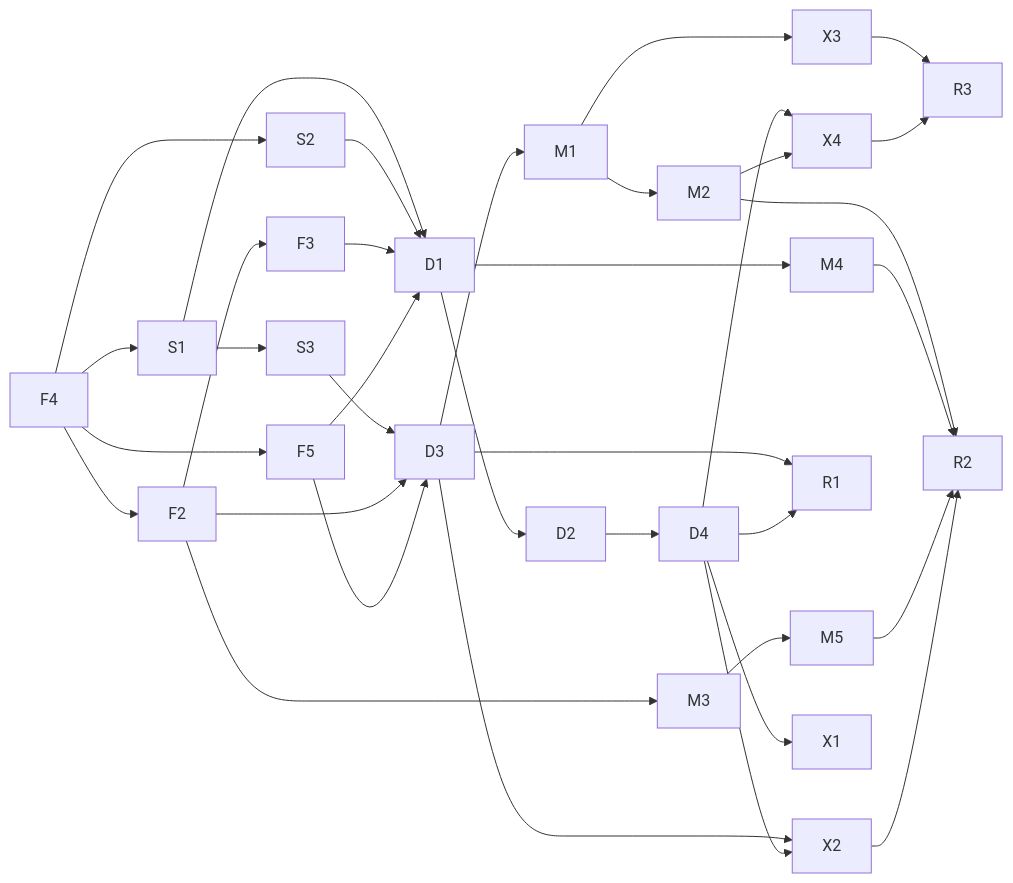
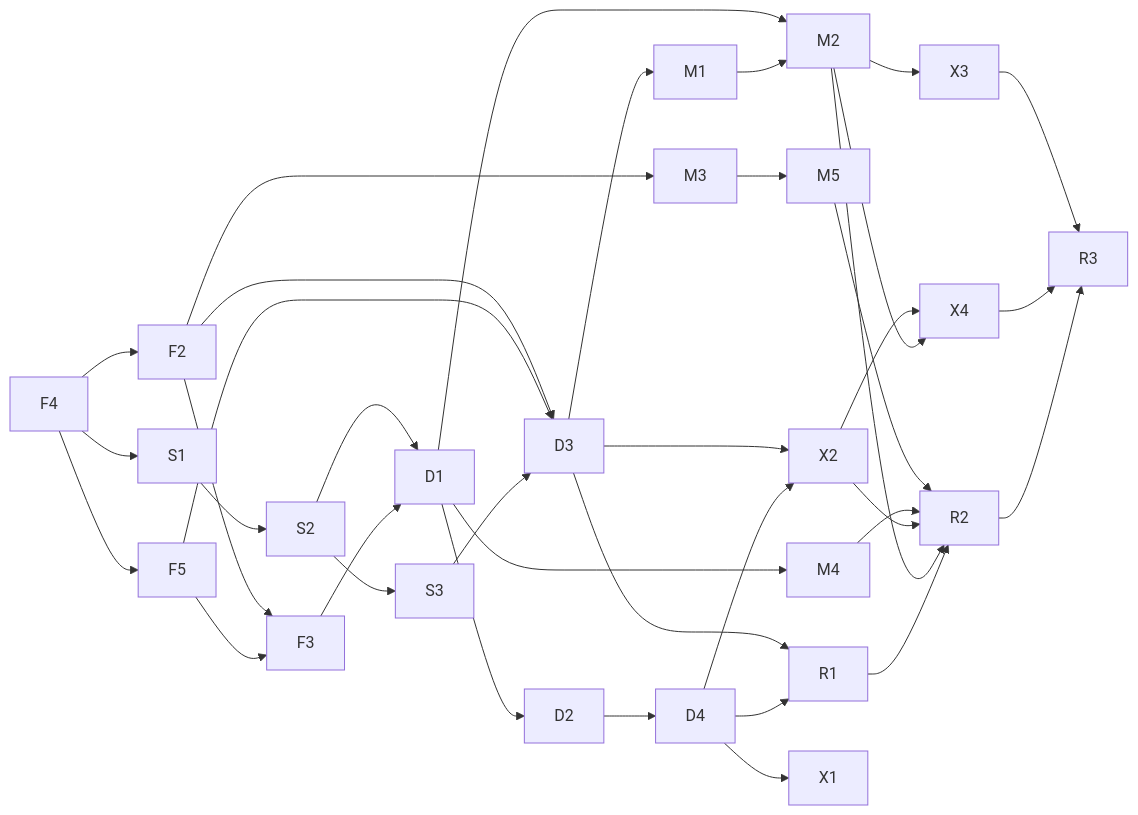
One commit to ppat/mediated-mailbox-mcp changed the second of 2 diagrams in ROADMAP.md. Above: the diagram before and after it, drawn with Mermaid. The commit also changed other lines of this file and 12 other files, not shown here.

First line of the commit message:
docs: cut the remaining work into tickets and reconcile the roadmap with the merged tooling

````diff
--- a/ROADMAP.md
+++ b/ROADMAP.md
@@ -832,37 +886,39 @@
 ```mermaid
 flowchart LR
     F4 --> S1
-    F4 --> S2
     F4 --> F2
     F4 --> F5
-    S1 --> S3
+    S1 --> S2
+    S2 --> S3
+    S2 --> D1
+    F2 --> M3
     F2 --> F3
-    F2 --> M3
+    F2 --> D3
+    F5 --> F3
+    F5 --> D3
+    S3 --> D3
     M3 --> M5
-    S1 --> D1
-    S2 --> D1
     F3 --> D1
-    F5 --> D1
+    M5 --> R2
     D1 --> D2
     D1 --> M4
-    S3 --> D3
-    F2 --> D3
-    F5 --> D3
-    D2 --> D4
+    D1 --> M2
     D3 --> M1
     D3 --> X2
+    D3 --> R1
+    D2 --> D4
+    M4 --> R2
     D4 --> X2
+    D4 --> R1
+    D4 --> X1
     M1 --> M2
-    M1 --> X3
-    D3 --> R1
-    D4 --> R1
+    X2 --> X4
+    X2 --> R2
+    M2 --> X3
+    M2 --> X4
     M2 --> R2
-    M4 --> R2
-    M5 --> R2
-    X2 --> R2
     X3 --> R3
-    D4 --> X4
-    M2 --> X4
     X4 --> R3
-    D4 --> X1
+    R1 --> R2
+    R2 --> R3
 ```
````
